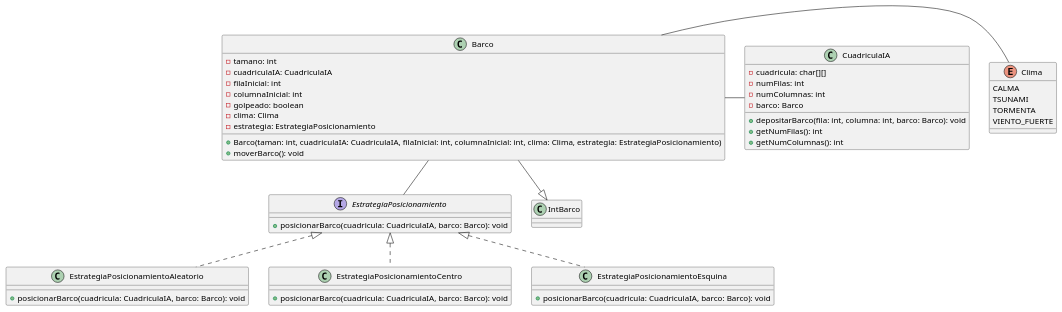
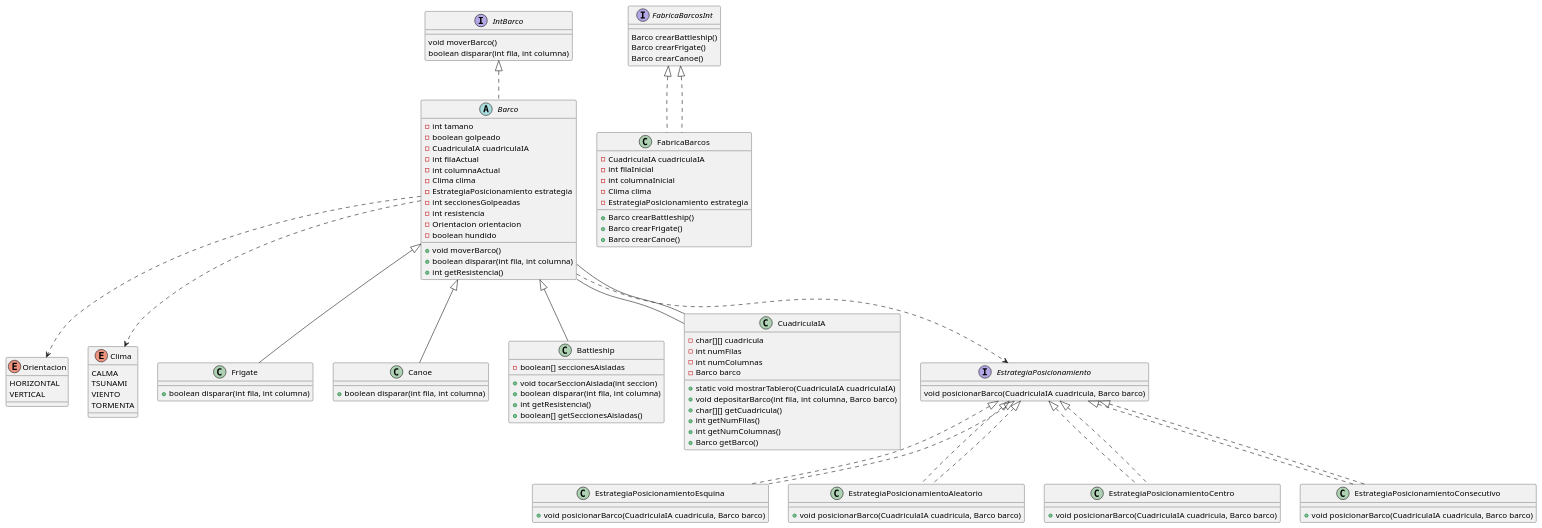
One commit to paatriksirbu/ParcialTecnicas changed the diagram in src/main/java/Ejercicio1/UMLGuerraBarcos.puml. Above: the diagram before and after it, drawn with PlantUML. The commit also changed 2 other files, not shown here.

Commit message:
UML Ejercicio 5 y 6

```diff
--- a/src/main/java/Ejercicio1/UMLGuerraBarcos.puml
+++ b/src/main/java/Ejercicio1/UMLGuerraBarcos.puml
@@ -1,57 +1,118 @@
 @startuml
 
-class CuadriculaIA {
-  -cuadricula: char[][]
-  -numFilas: int
-  -numColumnas: int
-  -barco: Barco
-  +depositarBarco(fila: int, columna: int, barco: Barco): void
-  +getNumFilas(): int
-  +getNumColumnas(): int
-
-}
-
-class Barco {
-  -tamano: int
-  -cuadriculaIA: CuadriculaIA
-  -filaInicial: int
-  -columnaInicial: int
-  -golpeado: boolean
-  -clima: Clima
-  -estrategia: EstrategiaPosicionamiento
-  +Barco(taman: int, cuadriculaIA: CuadriculaIA, filaInicial: int, columnaInicial: int, clima: Clima, estrategia: EstrategiaPosicionamiento)
-  +moverBarco(): void
+enum Orientacion {
+    HORIZONTAL
+    VERTICAL
 }
 
 enum Clima {
-  CALMA
-  TSUNAMI
-  TORMENTA
-  VIENTO_FUERTE
+    CALMA
+    TSUNAMI
+    VIENTO
+    TORMENTA
+}
+
+interface IntBarco {
+    void moverBarco()
+    boolean disparar(int fila, int columna)
+}
+
+abstract class Barco {
+    - int tamano
+    - boolean golpeado
+    - CuadriculaIA cuadriculaIA
+    - int filaActual
+    - int columnaActual
+    - Clima clima
+    - EstrategiaPosicionamiento estrategia
+    - int seccionesGolpeadas
+    - int resistencia
+    - Orientacion orientacion
+    - boolean hundido
+    + void moverBarco()
+    + boolean disparar(int fila, int columna)
+    + int getResistencia()
+}
+
+class Frigate {
+    + boolean disparar(int fila, int columna)
+}
+
+class Canoe {
+    + boolean disparar(int fila, int columna)
+}
+
+class Battleship {
+    - boolean[] seccionesAisladas
+    + void tocarSeccionAislada(int seccion)
+    + boolean disparar(int fila, int columna)
+    + int getResistencia()
+    + boolean[] getSeccionesAisladas()
+}
+
+class CuadriculaIA {
+    - char[][] cuadricula
+    - int numFilas
+    - int numColumnas
+    - Barco barco
+    + static void mostrarTablero(CuadriculaIA cuadriculaIA)
+    + void depositarBarco(int fila, int columna, Barco barco)
+    + char[][] getCuadricula()
+    + int getNumFilas()
+    + int getNumColumnas()
+    + Barco getBarco()
+}
+
+interface FabricaBarcosInt {
+    Barco crearBattleship()
+    Barco crearFrigate()
+    Barco crearCanoe()
+}
+
+class FabricaBarcos implements FabricaBarcosInt {
+    - CuadriculaIA cuadriculaIA
+    - int filaInicial
+    - int columnaInicial
+    - Clima clima
+    - EstrategiaPosicionamiento estrategia
+    + Barco crearBattleship()
+    + Barco crearFrigate()
+    + Barco crearCanoe()
 }
 
 interface EstrategiaPosicionamiento {
-  +posicionarBarco(cuadricula: CuadriculaIA, barco: Barco): void
+    void posicionarBarco(CuadriculaIA cuadricula, Barco barco)
 }
 
-class EstrategiaPosicionamientoAleatorio {
-  +posicionarBarco(cuadricula: CuadriculaIA, barco: Barco): void
+class EstrategiaPosicionamientoEsquina implements EstrategiaPosicionamiento {
+    + void posicionarBarco(CuadriculaIA cuadricula, Barco barco)
 }
 
-class EstrategiaPosicionamientoCentro {
-  +posicionarBarco(cuadricula: CuadriculaIA, barco: Barco): void
+class EstrategiaPosicionamientoAleatorio implements EstrategiaPosicionamiento {
+    + void posicionarBarco(CuadriculaIA cuadricula, Barco barco)
 }
 
-class EstrategiaPosicionamientoEsquina {
-  +posicionarBarco(cuadricula: CuadriculaIA, barco: Barco): void
+class EstrategiaPosicionamientoCentro implements EstrategiaPosicionamiento {
+    + void posicionarBarco(CuadriculaIA cuadricula, Barco barco)
 }
 
-Barco --|> IntBarco
-Barco -right- Clima
-Barco -down- EstrategiaPosicionamiento
-CuadriculaIA -left- Barco
-EstrategiaPosicionamientoAleatorio .up.|> EstrategiaPosicionamiento
-EstrategiaPosicionamientoCentro .up.|> EstrategiaPosicionamiento
-EstrategiaPosicionamientoEsquina .up.|> EstrategiaPosicionamiento
+class EstrategiaPosicionamientoConsecutivo implements EstrategiaPosicionamiento {
+    + void posicionarBarco(CuadriculaIA cuadricula, Barco barco)
+}
+
+Barco <|-- Frigate
+Barco <|-- Canoe
+Barco <|-- Battleship
+Barco ..> Clima
+Barco ..> Orientacion
+Barco ..> EstrategiaPosicionamiento
+Barco -- CuadriculaIA
+CuadriculaIA -- Barco
+IntBarco <|.. Barco
+FabricaBarcosInt <|.. FabricaBarcos
+EstrategiaPosicionamiento <|.. EstrategiaPosicionamientoEsquina
+EstrategiaPosicionamiento <|.. EstrategiaPosicionamientoAleatorio
+EstrategiaPosicionamiento <|.. EstrategiaPosicionamientoCentro
+EstrategiaPosicionamiento <|.. EstrategiaPosicionamientoConsecutivo
 
 @enduml
```
